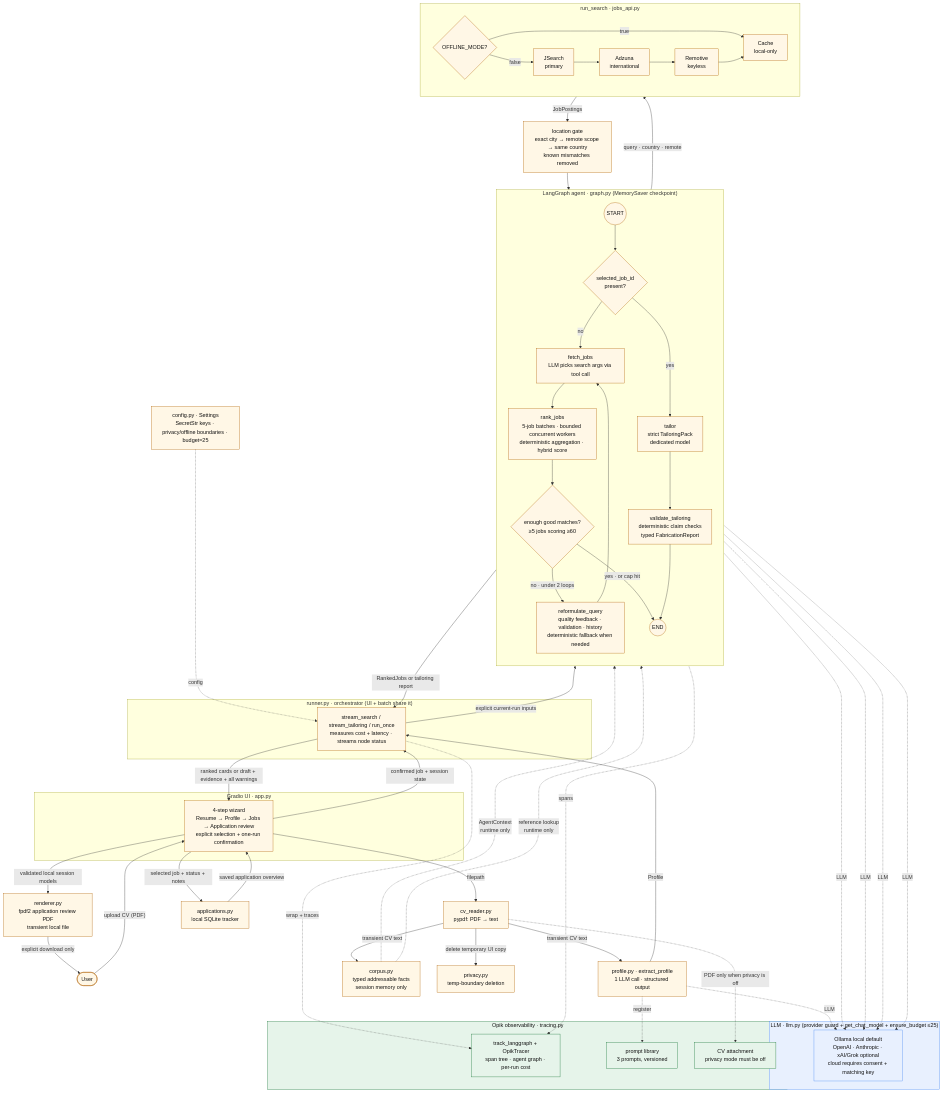
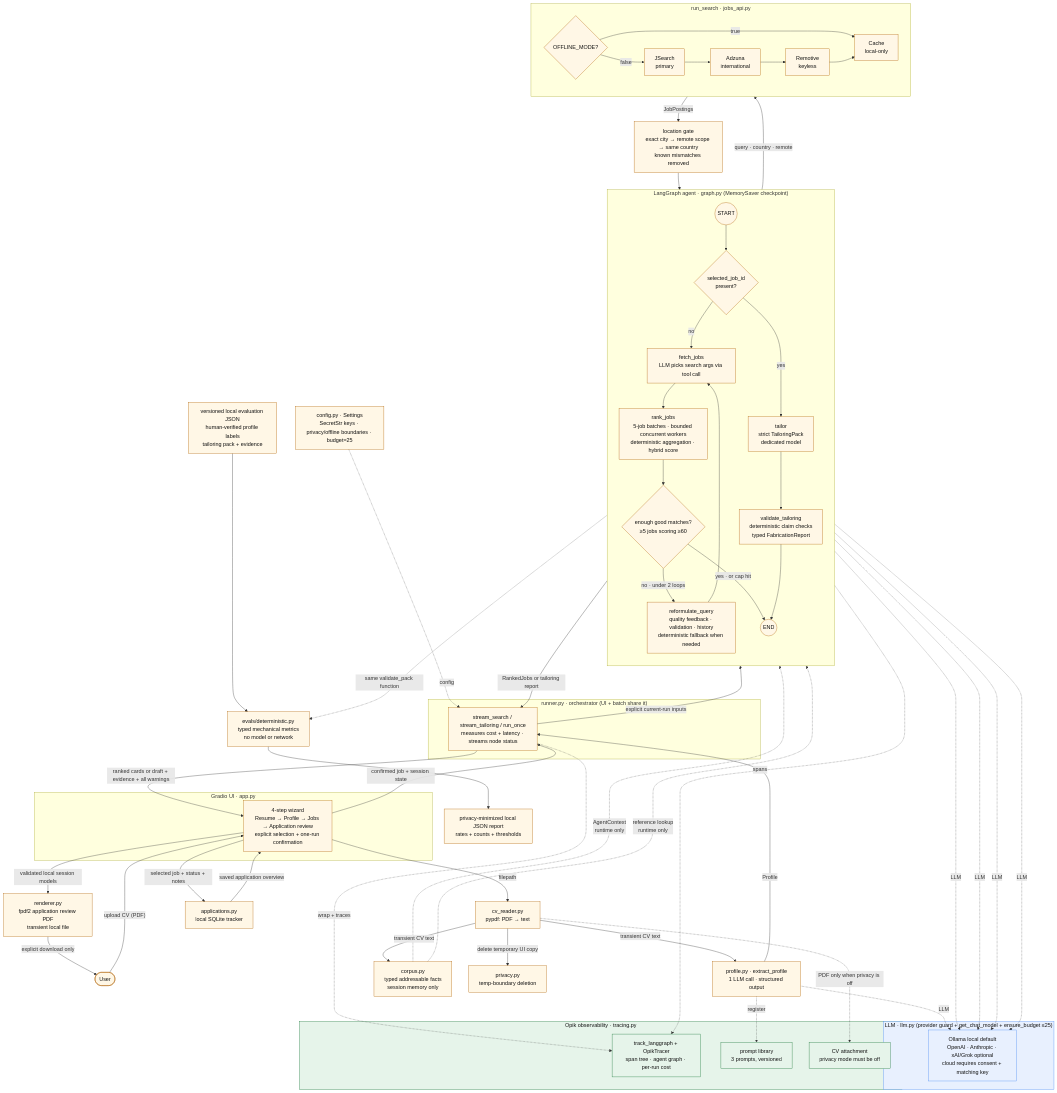
The diagram in docs/architecture.md (exitLQ/the-agent-that-got-me-rejected), drawn with Mermaid before and after one commit. The commit also changed other lines of this file and 9 other files, not shown here.

Commit message:
feat: add local deterministic evaluation

```diff
--- a/docs/architecture.md
+++ b/docs/architecture.md
@@ -55,6 +55,9 @@
   RUN -->|"ranked cards or draft + evidence + all warnings"| UI
   UI -->|"validated local session models"| PDF["renderer.py<br/>fpdf2 application review PDF<br/>transient local file"]
   PDF -->|"explicit download only"| U
+  EVIN["versioned local evaluation JSON<br/>human-verified profile labels<br/>tailoring pack + evidence"] --> EVAL["evals/deterministic.py<br/>typed mechanical metrics<br/>no model or network"]
+  VAL -. "same validate_pack function" .-> EVAL
+  EVAL --> EVOUT["privacy-minimized local JSON report<br/>rates + counts + thresholds"]
   UI -->|"selected job + status + notes"| DB["applications.py<br/>local SQLite tracker"]
   DB -->|"saved application overview"| UI
 
```
